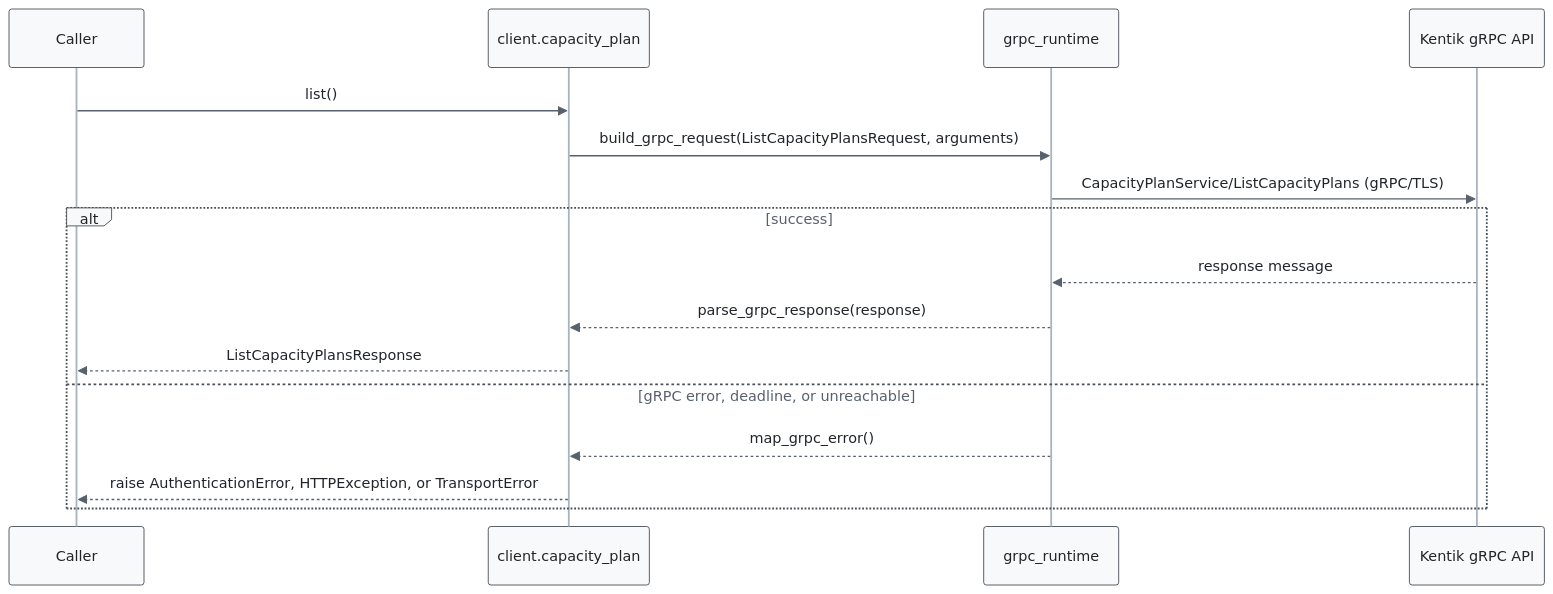
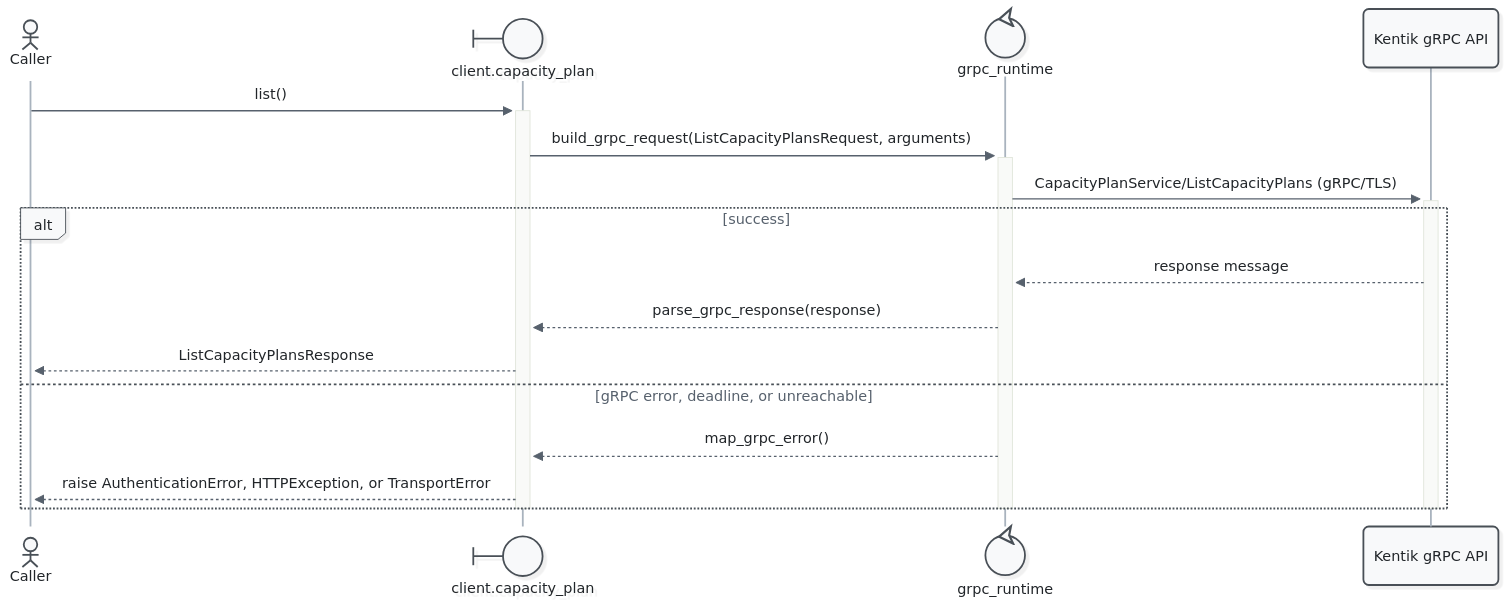
One commit to alexdearaujo/community_sdk_python changed the second of 9 diagrams in docs/sphinx/services/capacity_plan.md. Above: the diagram before and after it, drawn with Mermaid. The commit also changed other lines of this file and 52 other files, not shown here.

First line of the commit message:
docs: Mermaid 12 sequence diagrams with participant types and path colors

````diff
--- a/docs/sphinx/services/capacity_plan.md
+++ b/docs/sphinx/services/capacity_plan.md
@@ -55,20 +57,23 @@
 ```mermaid
-%%{init: {"theme": "base", "fontFamily": "ui-monospace, SFMono-Regular, Menlo, monospace", "themeVariables": {"fontFamily": "ui-monospace, SFMono-Regular, Menlo, monospace", "primaryColor": "#f8f9fa", "primaryBorderColor": "#495057", "primaryTextColor": "#212529", "textColor": "#212529", "lineColor": "#77818c", "edgeLabelBackground": "#ffffff", "actorBkg": "#f8f9fa", "actorBorder": "#495057", "actorTextColor": "#212529", "actorLineColor": "#a9b3be", "signalColor": "#57616d", "signalTextColor": "#212529", "labelBoxBkgColor": "#f8f9fa", "labelBoxBorderColor": "#495057", "labelTextColor": "#212529", "loopTextColor": "#57616d", "noteBkgColor": "#fff9db", "noteBorderColor": "#f08c00", "noteTextColor": "#a35a00"}, "flowchart": {"curve": "step", "nodeSpacing": 30, "rankSpacing": 70, "wrappingWidth": 400}}}%%
+%%{init: {"theme": "redux", "look": "neo", "layout": "dagre", "fontFamily": "ui-monospace, SFMono-Regular, Menlo, monospace", "themeVariables": {"fontFamily": "ui-monospace, SFMono-Regular, Menlo, monospace", "primaryColor": "#f8f9fa", "primaryBorderColor": "#495057", "primaryTextColor": "#212529", "textColor": "#212529", "lineColor": "#77818c", "edgeLabelBackground": "#ffffff", "actorBkg": "#f8f9fa", "actorBorder": "#495057", "actorTextColor": "#212529", "actorLineColor": "#a9b3be", "signalColor": "#57616d", "signalTextColor": "#212529", "labelBoxBkgColor": "#f8f9fa", "labelBoxBorderColor": "#495057", "labelTextColor": "#212529", "loopTextColor": "#57616d", "noteBkgColor": "#fff9db", "noteBorderColor": "#f08c00", "noteTextColor": "#a35a00"}, "sequence": {"activationWidth": 16}, "flowchart": {"curve": "step", "nodeSpacing": 30, "rankSpacing": 70, "wrappingWidth": 400}}}%%
 sequenceDiagram
-    participant C as Caller
-    participant W as client.capacity_plan
-    participant R as grpc_runtime
+    actor C as Caller
+    participant W@{ "type": "boundary" } as client.capacity_plan
+    participant R@{ "type": "control" } as grpc_runtime
     participant API as Kentik gRPC API
 
-    C->>W: list()
-    W->>R: build_grpc_request(ListCapacityPlansRequest, arguments)
-    R->>API: CapacityPlanService/ListCapacityPlans (gRPC/TLS)
+    C->>+W: list()
+    W->>+R: build_grpc_request(ListCapacityPlansRequest, arguments)
+    R->>+API: CapacityPlanService/ListCapacityPlans (gRPC/TLS)
     alt success
         API-->>R: response message
         R-->>W: parse_grpc_response(response)
         W-->>C: ListCapacityPlansResponse
     else gRPC error, deadline, or unreachable
         R-->>W: map_grpc_error()
         W-->>C: raise AuthenticationError, HTTPException, or TransportError
     end
+    deactivate API
+    deactivate R
+    deactivate W
 ```
````
